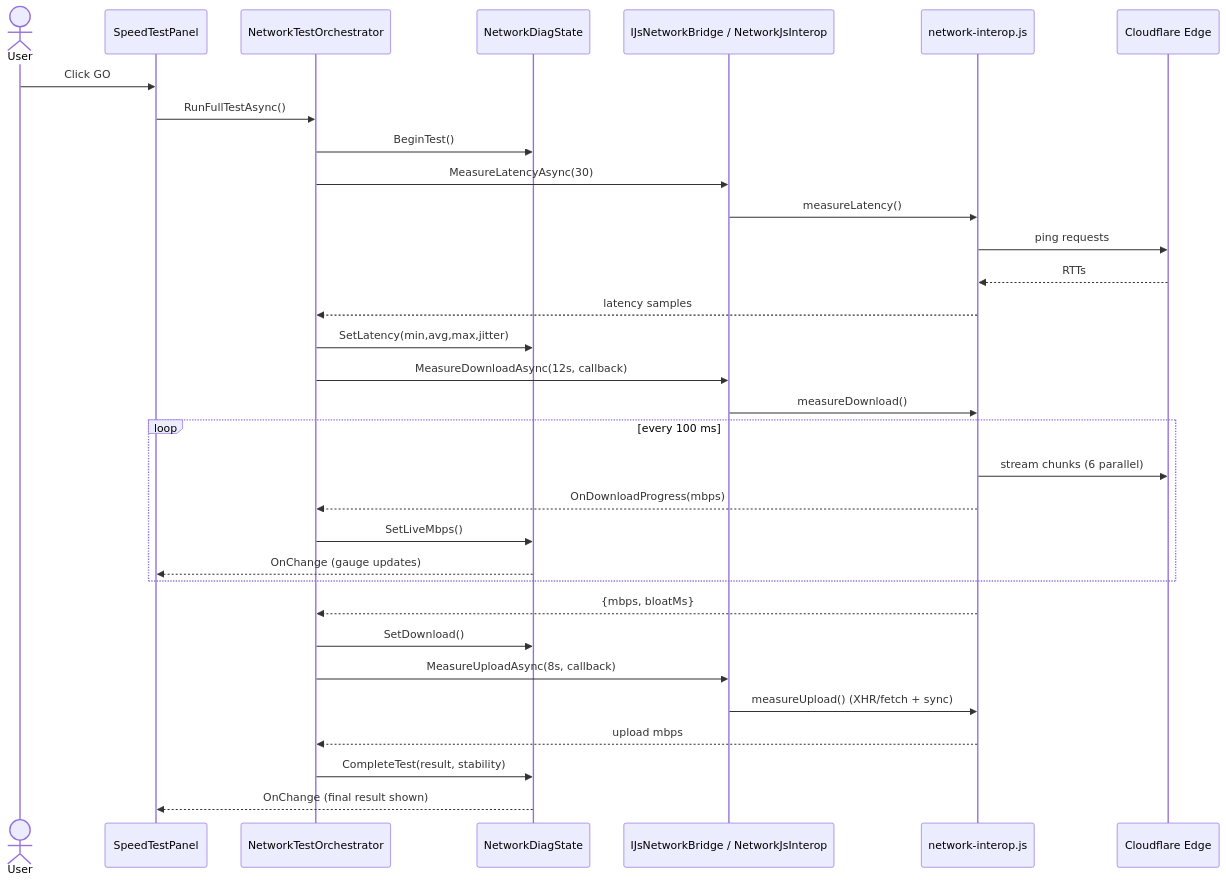
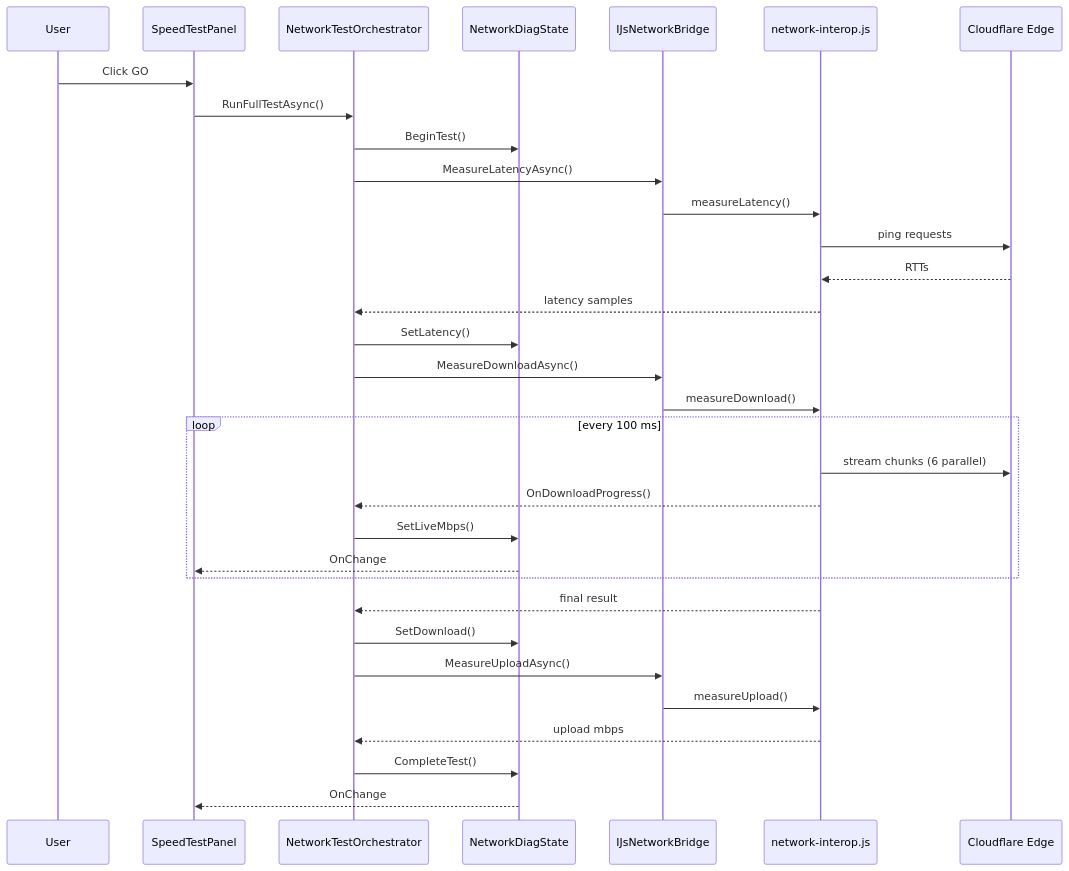
One commit to codeHannan/Hardware-Diagnostic-Platform-Blazor changed the sixth of 19 diagrams in DESIGN.md. Above: the diagram before and after it, drawn with Mermaid. The commit also changed other lines of this file and 38 other files, not shown here.

````diff
--- a/DESIGN.md
+++ b/DESIGN.md
@@ -617,35 +699,35 @@
 ```mermaid
 sequenceDiagram
-    actor U as User
+    participant U as User
     participant Panel as SpeedTestPanel
     participant Orch as NetworkTestOrchestrator
     participant State as NetworkDiagState
-    participant Bridge as IJsNetworkBridge / NetworkJsInterop
+    participant Bridge as IJsNetworkBridge
     participant JS as network-interop.js
     participant CF as Cloudflare Edge
 
     U->>Panel: Click GO
     Panel->>Orch: RunFullTestAsync()
     Orch->>State: BeginTest()
-    Orch->>Bridge: MeasureLatencyAsync(30)
+    Orch->>Bridge: MeasureLatencyAsync()
     Bridge->>JS: measureLatency()
     JS->>CF: ping requests
     CF-->>JS: RTTs
     JS-->>Orch: latency samples
-    Orch->>State: SetLatency(min,avg,max,jitter)
-    Orch->>Bridge: MeasureDownloadAsync(12s, callback)
+    Orch->>State: SetLatency()
+    Orch->>Bridge: MeasureDownloadAsync()
     Bridge->>JS: measureDownload()
     loop every 100 ms
         JS->>CF: stream chunks (6 parallel)
-        JS-->>Orch: OnDownloadProgress(mbps)
+        JS-->>Orch: OnDownloadProgress()
         Orch->>State: SetLiveMbps()
-        State-->>Panel: OnChange (gauge updates)
+        State-->>Panel: OnChange
     end
-    JS-->>Orch: {mbps, bloatMs}
+    JS-->>Orch: final result
     Orch->>State: SetDownload()
-    Orch->>Bridge: MeasureUploadAsync(8s, callback)
-    Bridge->>JS: measureUpload() (XHR/fetch + sync)
+    Orch->>Bridge: MeasureUploadAsync()
+    Bridge->>JS: measureUpload()
     JS-->>Orch: upload mbps
-    Orch->>State: CompleteTest(result, stability)
-    State-->>Panel: OnChange (final result shown)
+    Orch->>State: CompleteTest()
+    State-->>Panel: OnChange
 ```
````
